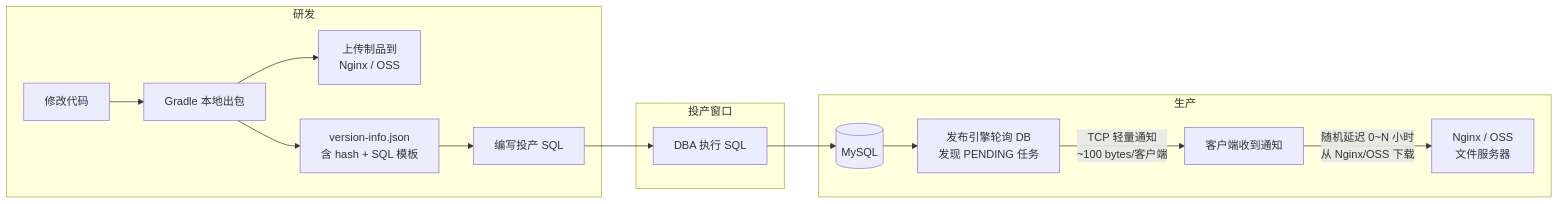
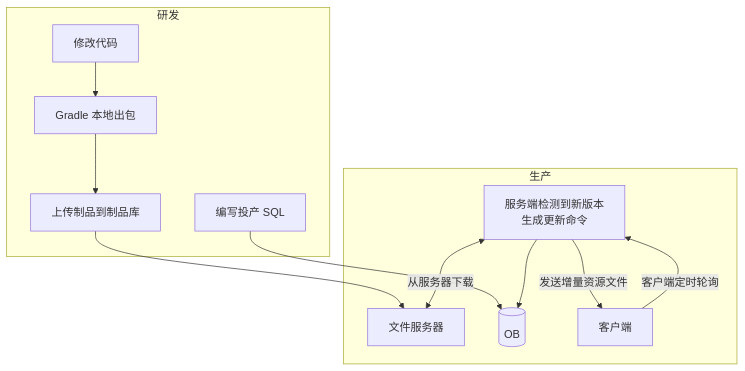
One commit to zhangpeng3710/nettydemo changed the first of 9 diagrams in docs/适用于生产现状的版本更新方案.md. Above: the diagram before and after it, drawn with Mermaid. The commit also changed other lines of this file and 1 other file, not shown here.

````diff
--- a/docs/适用于生产现状的版本更新方案.md
+++ b/docs/适用于生产现状的版本更新方案.md
@@ -24,20 +24,18 @@
 ```mermaid
-flowchart LR
+flowchart 
     subgraph 研发
         DEV[修改代码] --> BUILD["Gradle 本地出包"]
-        BUILD --> UPLOAD["上传制品到<br/>Nginx / OSS"]
-        BUILD --> JSON["version-info.json<br/>含 hash + SQL 模板"]
-        JSON --> SQL["编写投产 SQL"]
-    end
-
-    subgraph 投产窗口
-        SQL --> DBA["DBA 执行 SQL"]
+        BUILD --> UPLOAD["上传制品到制品库"]
+        SQL["编写投产 SQL"]
     end
 
     subgraph 生产
-        DBA --> DB[(MySQL)]
-        DB --> ENGINE["发布引擎轮询 DB<br/>发现 PENDING 任务"]
-        ENGINE --> |"TCP 轻量通知<br/>~100 bytes/客户端"| CLIENT["客户端收到通知"]
-        CLIENT --> |"随机延迟 0~N 小时<br/>从 Nginx/OSS 下载"| NGINX["Nginx / OSS<br/>文件服务器"]
+        UPLOAD --> NGINX["文件服务器"]
+        SQL --> DB[(OB)]
+        
+        ENGINE --> |"发送增量资源文件"|CLIENT
+        ENGINE <--> |"从服务器下载"| NGINX["文件服务器"]
+        CLIENT["客户端"] --> |"客户端定时轮询"|ENGINE
+        ENGINE["服务端检测到新版本<br/>生成更新命令"] --> DB
     end
 ```
````
